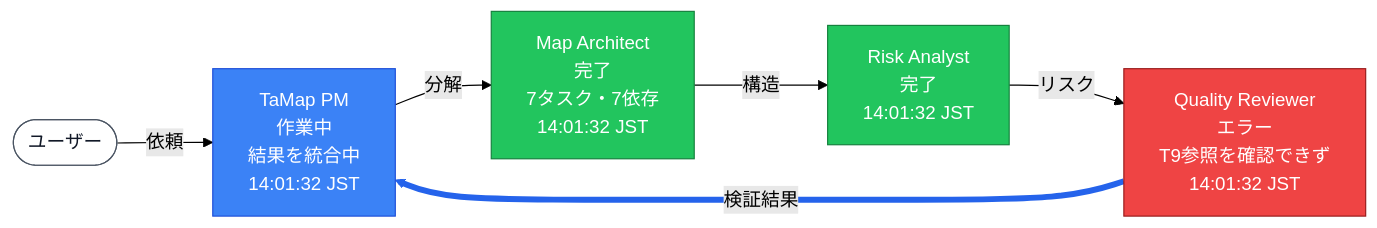
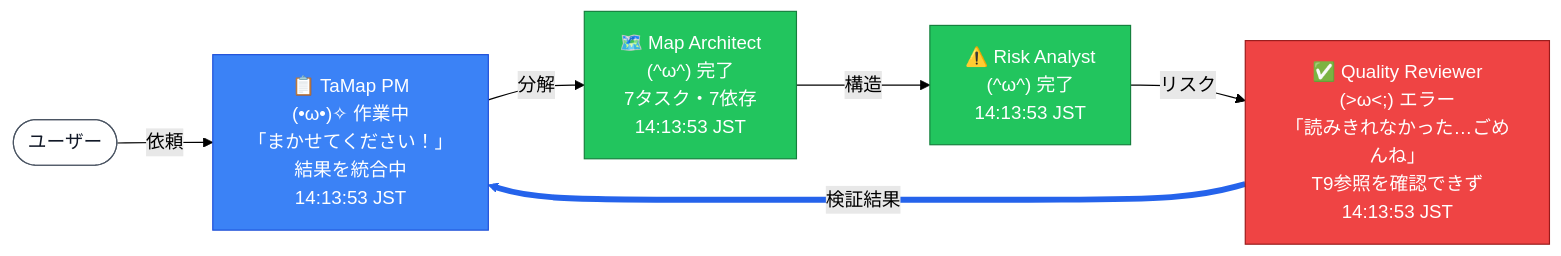
Before and after one commit to nekomario28/tamap: the seventh of 11 diagrams in docs/sample_output.md, drawn with Mermaid (forest theme). The commit also changed other lines of this file and 8 other files, not shown here.

````diff
--- a/docs/sample_output.md
+++ b/docs/sample_output.md
@@ -217,23 +217,23 @@
 ```mermaid
 flowchart LR
   U(["ユーザー"])
-  PM["TaMap PM<br>作業中<br>結果を統合中<br>14:01:32 JST"]
-  MA["Map Architect<br>完了<br>7タスク・7依存<br>14:01:32 JST"]
-  RA["Risk Analyst<br>完了<br>14:01:32 JST"]
-  QR["Quality Reviewer<br>エラー<br>T9参照を確認できず<br>14:01:32 JST"]
+  PM["📋 TaMap PM<br>(•ω•)✧ 作業中<br>「まかせてください！」<br>結果を統合中<br>14:13:53 JST"]
+  MA["🗺️ Map Architect<br>(^ω^) 完了<br>7タスク・7依存<br>14:13:53 JST"]
+  RA["⚠️ Risk Analyst<br>(^ω^) 完了<br>14:13:53 JST"]
+  QR["✅ Quality Reviewer<br>(#gt;ω#lt;;) エラー<br>「読みきれなかった…ごめんね」<br>T9参照を確認できず<br>14:13:53 JST"]
   U -- 依頼 --> PM
   PM -- 分解 --> MA
   MA -- 構造 --> RA
   RA -- リスク --> QR
   QR -- 検証結果 --> PM
   classDef idle fill:#9ca3af,stroke:#4b5563,color:#111827
   classDef working fill:#3b82f6,stroke:#1d4ed8,color:#ffffff
   classDef done fill:#22c55e,stroke:#15803d,color:#ffffff
   classDef error fill:#ef4444,stroke:#991b1b,color:#ffffff
   classDef user fill:#ffffff,stroke:#4b5563,color:#111827
   class U user
   class PM working
   class MA,RA done
   class QR error
   linkStyle 4 stroke:#2563eb,stroke-width:5px
 ```
````
